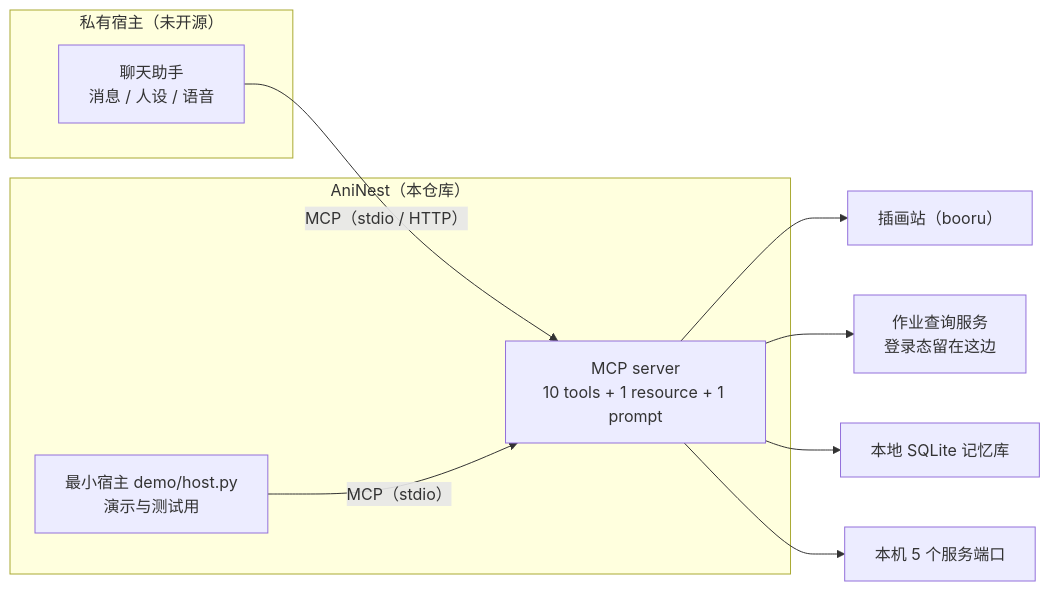
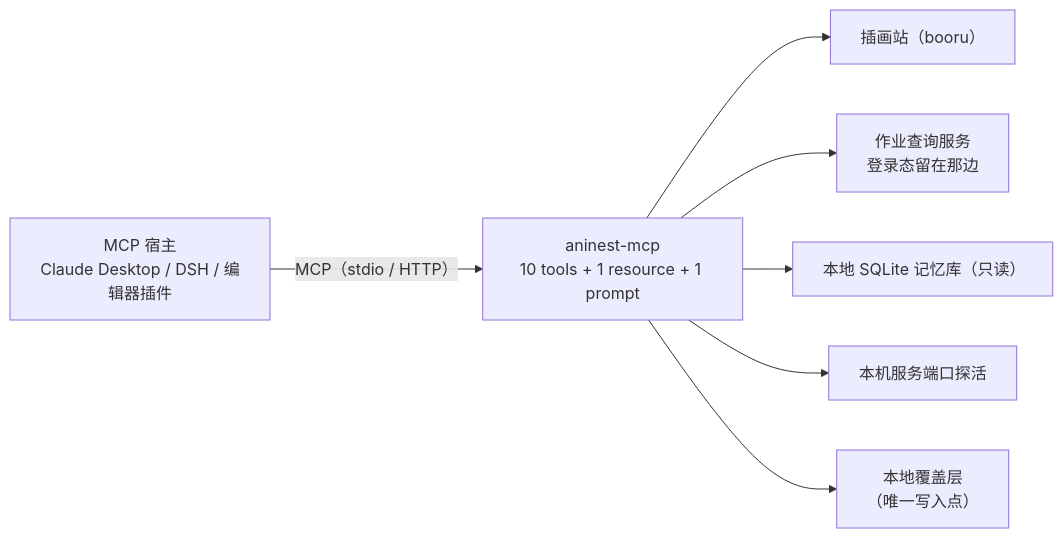
Before and after one commit to moriruruka/aninest-mcp: the diagram in README.md, drawn with Mermaid. The commit also changed other lines of this file and 9 other files, not shown here.

````diff
--- a/README.md
+++ b/README.md
@@ -112,16 +238,10 @@
 ```mermaid
 flowchart LR
-    subgraph priv["私有宿主（未开源）"]
-        A["聊天助手<br/>消息 / 人设 / 语音"]
-    end
-    subgraph pub["AniNest（本仓库）"]
-        S["MCP server<br/>10 tools + 1 resource + 1 prompt"]
-        H["最小宿主 demo/host.py<br/>演示与测试用"]
-    end
-    A -- "MCP（stdio / HTTP）" --> S
-    H -- "MCP（stdio）" --> S
+    H["MCP 宿主<br/>Claude Desktop / DSH / 编辑器插件"] -- "MCP（stdio / HTTP）" --> S
+    S["aninest-mcp<br/>10 tools + 1 resource + 1 prompt"]
     S --> B["插画站（booru）"]
-    S --> C["作业查询服务<br/>登录态留在这边"]
-    S --> D["本地 SQLite 记忆库"]
-    S --> E["本机 5 个服务端口"]
+    S --> C["作业查询服务<br/>登录态留在那边"]
+    S --> D["本地 SQLite 记忆库（只读）"]
+    S --> E["本机服务端口探活"]
+    S --> F["本地覆盖层<br/>（唯一写入点）"]
 ```
````
